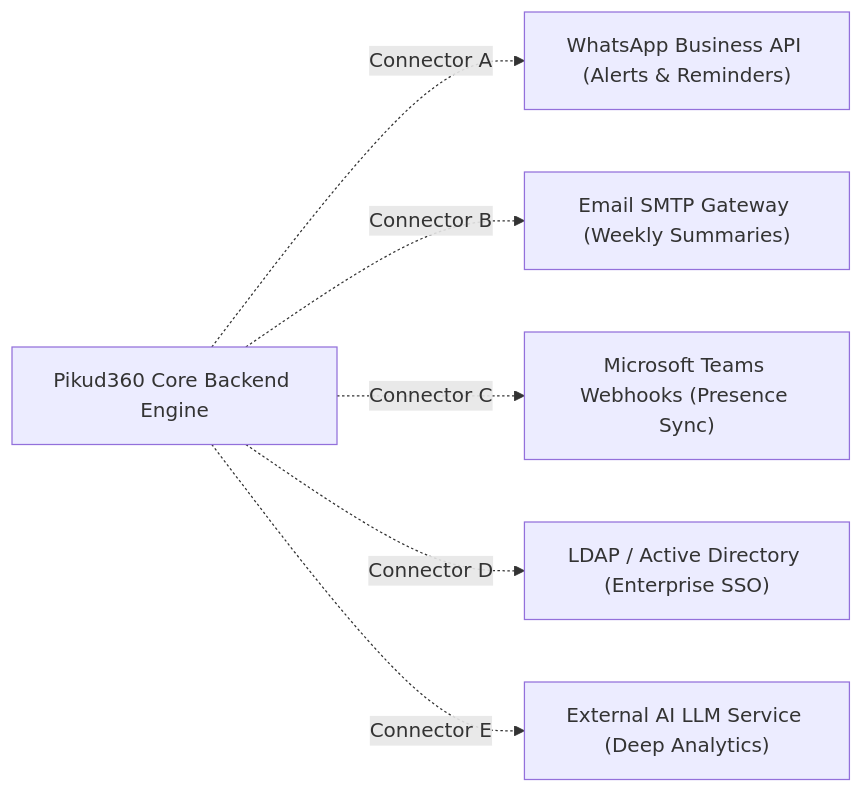
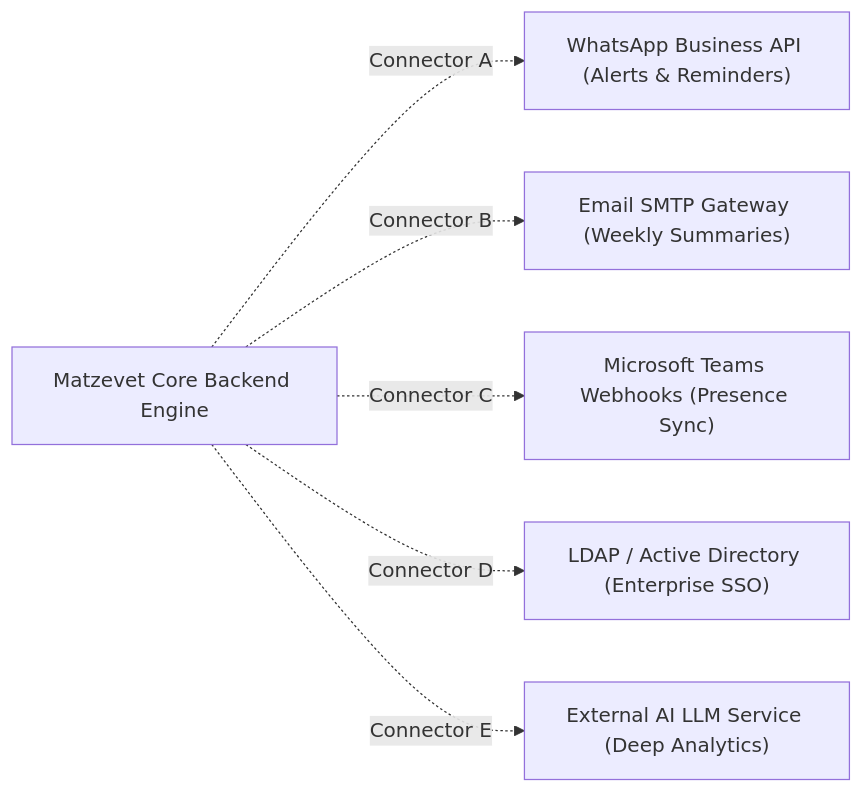
The eighth of 9 diagrams in system_architecture_documentation.md (ZtviYehuda/Pikud360), drawn with Mermaid before and after one commit. The commit also changed other lines of this file and 551 other files, not shown here.

````diff
--- a/system_architecture_documentation.md
+++ b/system_architecture_documentation.md
@@ -483,10 +483,10 @@
 ```mermaid
 graph LR
-    PikudCore["Pikud360 Core Backend Engine"]
+    PikudCore["Matzevet Core Backend Engine"]
     
     PikudCore -.->|Connector A| WhatsApp["WhatsApp Business API (Alerts & Reminders)"]
     PikudCore -.->|Connector B| SMTP["Email SMTP Gateway (Weekly Summaries)"]
     PikudCore -.->|Connector C| Teams["Microsoft Teams Webhooks (Presence Sync)"]
     PikudCore -.->|Connector D| LDAP["LDAP / Active Directory (Enterprise SSO)"]
     PikudCore -.->|Connector E| ExternalLLM["External AI LLM Service (Deep Analytics)"]
 ```
````
